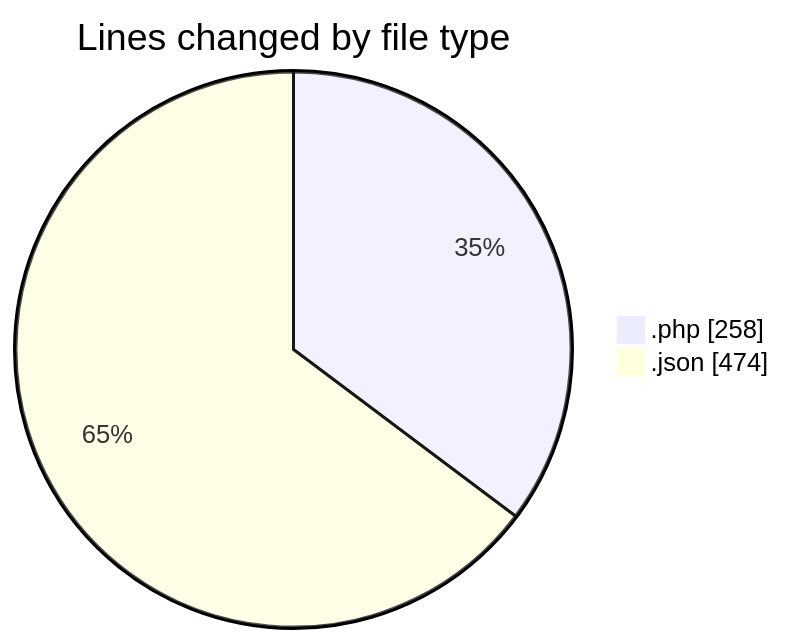
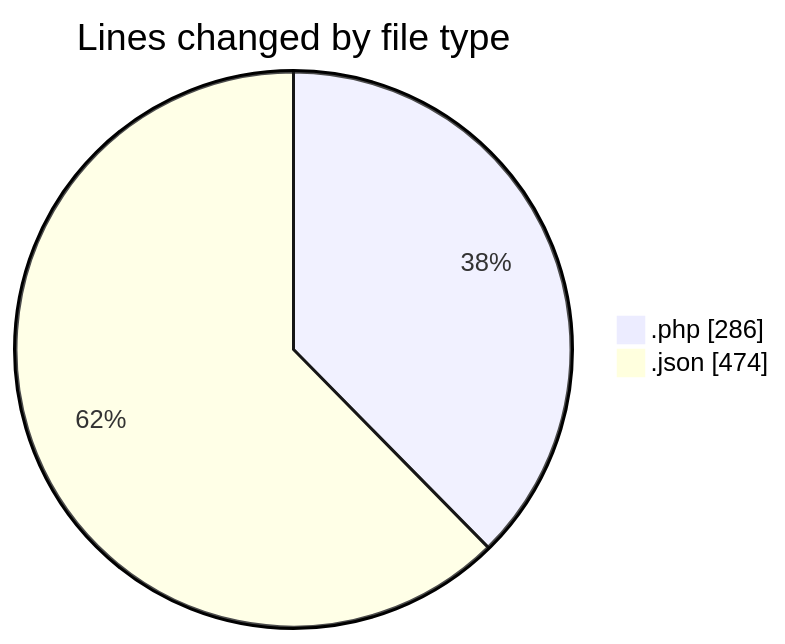
Before and after one commit to idhammustaqopulfikri/code-tracking: the first of 2 diagrams in 2025-05-16/booking/README.md, drawn with Mermaid. The commit also changed other lines of this file and 1 other file, not shown here.

````diff
--- a/2025-05-16/booking/README.md
+++ b/2025-05-16/booking/README.md
@@ -24,6 +25,6 @@
 ```mermaid
 pie showData
 title Lines changed by file type
-".php" : 258
+".php" : 286
 ".json" : 474
 ```
````
